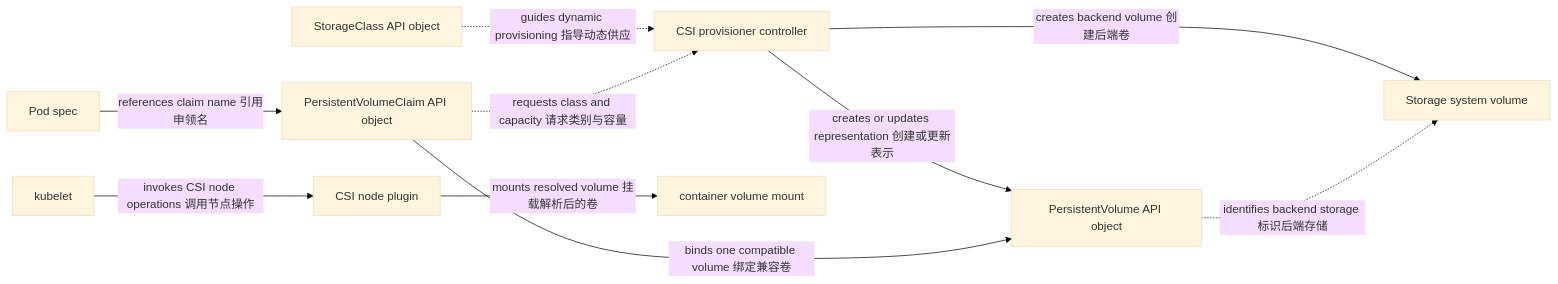
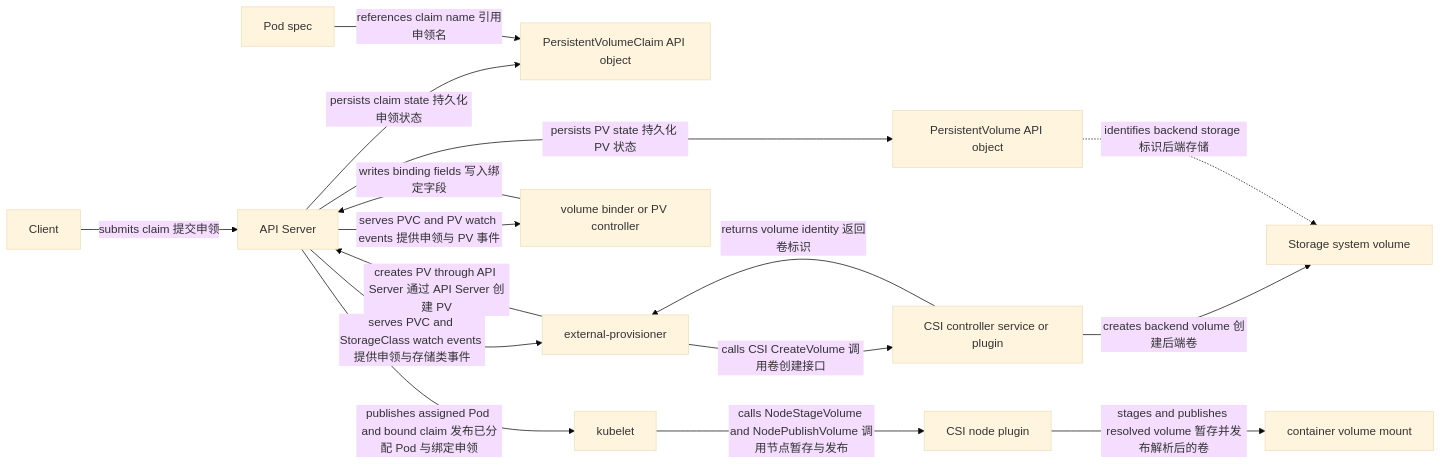
One commit to liufashi-Mr/cloud-native-docs changed the diagram in docs/concepts/config-storage.md. Above: the diagram before and after it, drawn with Mermaid (base theme). The commit also changed other lines of this file and 11 other files, not shown here.

````diff
--- a/docs/concepts/config-storage.md
+++ b/docs/concepts/config-storage.md
@@ -51,12 +51,18 @@
 ```mermaid
 flowchart LR
-  PS["Pod spec"] -->|references claim name 引用申领名| PVC["PersistentVolumeClaim API object"]
-  SC["StorageClass API object"] -.->|guides dynamic provisioning 指导动态供应| CP["CSI provisioner controller"]
-  PVC -.->|requests class and capacity 请求类别与容量| CP
-  CP -->|creates backend volume 创建后端卷| BS["Storage system volume"]
-  CP -->|creates or updates representation 创建或更新表示| PV["PersistentVolume API object"]
-  PVC -->|binds one compatible volume 绑定兼容卷| PV
-  KL["kubelet"] -->|invokes CSI node operations 调用节点操作| CSI["CSI node plugin"]
-  CSI -->|mounts resolved volume 挂载解析后的卷| VM["container volume mount"]
+  C["Client"] -->|submits claim 提交申领| API["API Server"]
+  API -->|persists claim state 持久化申领状态| PVC["PersistentVolumeClaim API object"]
+  API -->|serves PVC and StorageClass watch events 提供申领与存储类事件| EP["external-provisioner"]
+  EP -->|calls CSI CreateVolume 调用卷创建接口| CC["CSI controller service or plugin"]
+  CC -->|creates backend volume 创建后端卷| BS["Storage system volume"]
+  CC -->|returns volume identity 返回卷标识| EP
+  EP -->|creates PV through API Server 通过 API Server 创建 PV| API
+  API -->|persists PV state 持久化 PV 状态| PV["PersistentVolume API object"]
+  API -->|serves PVC and PV watch events 提供申领与 PV 事件| VB["volume binder or PV controller"]
+  VB -->|writes binding fields 写入绑定字段| API
+  API -->|publishes assigned Pod and bound claim 发布已分配 Pod 与绑定申领| KL["kubelet"]
+  KL -->|calls NodeStageVolume and NodePublishVolume 调用节点暂存与发布| CSI["CSI node plugin"]
+  CSI -->|stages and publishes resolved volume 暂存并发布解析后的卷| VM["container volume mount"]
+  PS["Pod spec"] -->|references claim name 引用申领名| PVC
   PV -.->|identifies backend storage 标识后端存储| BS
 ```
````
